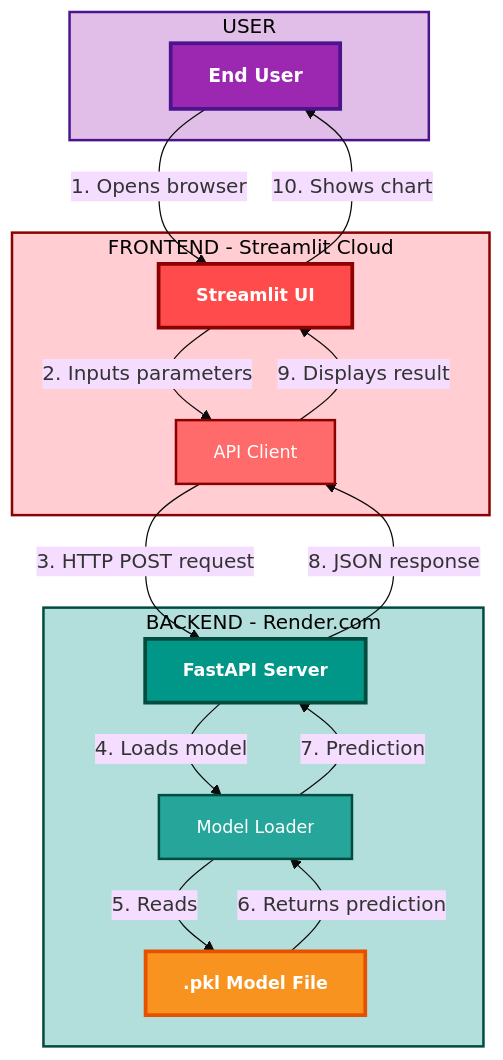
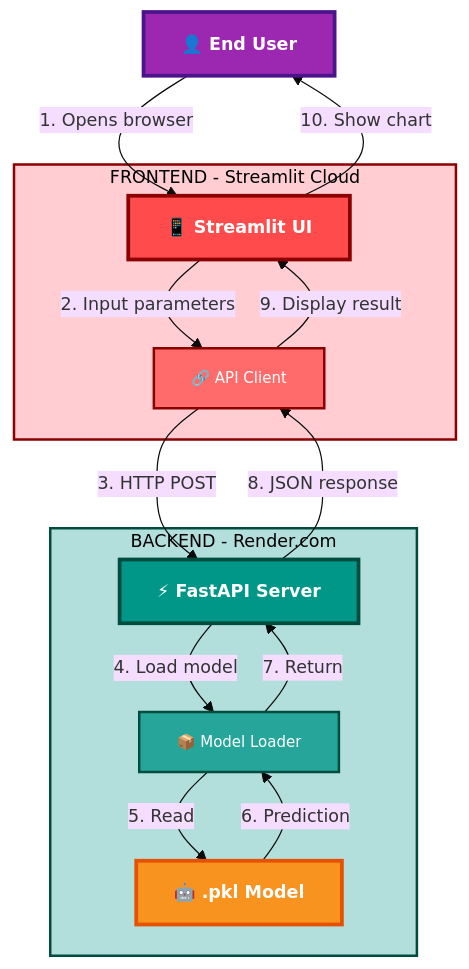
The third of 3 diagrams in README.md (UzairRan/gastroretentive-release-predictor), drawn with Mermaid before and after one commit. The commit also changed other lines of this file, not shown here.

````diff
--- a/README.md
+++ b/README.md
@@ -230,48 +230,44 @@
 ```mermaid
 %%{
   init: {
     'theme': 'base',
     'themeVariables': {
-      'fontSize': '16px',
+      'fontSize': '14px',
       'fontFamily': 'Arial, sans-serif'
     }
   }
 }%%
-graph TB
-    subgraph IDE ["USER"]
-        U[ End User]
-    end
+graph TD
+    U[👤 End User] -->|1. Opens browser| S
     
     subgraph FEND ["FRONTEND - Streamlit Cloud"]
-        S[ Streamlit UI]
-        A[ API Client]
+        S[📱 Streamlit UI]
+        A[🔗 API Client]
     end
     
     subgraph BEND ["BACKEND - Render.com"]
-        F[ FastAPI Server]
-        M[ Model Loader]
-        P[ .pkl Model File]
+        F[⚡ FastAPI Server]
+        M[📦 Model Loader]
+        P[🤖 .pkl Model]
     end
     
-    U -->|1. Opens browser| S
-    S -->|2. Inputs parameters| A
-    A -->|3. HTTP POST request| F
-    F -->|4. Loads model| M
-    M -->|5. Reads| P
-    P -->|6. Returns prediction| M
-    M -->|7. Prediction| F
+    S -->|2. Input parameters| A
+    A -->|3. HTTP POST| F
+    F -->|4. Load model| M
+    M -->|5. Read| P
+    P -->|6. Prediction| M
+    M -->|7. Return| F
     F -->|8. JSON response| A
-    A -->|9. Displays result| S
-    S -->|10. Shows chart| U
+    A -->|9. Display result| S
+    S -->|10. Show chart| U
     
-    style U fill:#9C27B0,stroke:#4A148C,stroke-width:3px,color:#fff,font-size:15px,font-weight:bold
+    style U fill:#9C27B0,stroke:#4A148C,stroke-width:3px,color:#fff,font-size:14px,font-weight:bold
     style S fill:#FF4B4B,stroke:#8B0000,stroke-width:3px,color:#fff,font-size:14px,font-weight:bold
-    style A fill:#FF6B6B,stroke:#8B0000,stroke-width:2px,color:#fff,font-size:14px
+    style A fill:#FF6B6B,stroke:#8B0000,stroke-width:2px,color:#fff,font-size:12px
     style F fill:#009688,stroke:#004D40,stroke-width:3px,color:#fff,font-size:14px,font-weight:bold
-    style M fill:#26A69A,stroke:#004D40,stroke-width:2px,color:#fff,font-size:14px
+    style M fill:#26A69A,stroke:#004D40,stroke-width:2px,color:#fff,font-size:12px
     style P fill:#F7931E,stroke:#E65100,stroke-width:3px,color:#fff,font-size:14px,font-weight:bold
     
-    style IDE fill:#E1BEE7,stroke:#4A148C,stroke-width:2px,color:#000
     style FEND fill:#FFCDD2,stroke:#8B0000,stroke-width:2px,color:#000
     style BEND fill:#B2DFDB,stroke:#004D40,stroke-width:2px,color:#000
 ```
````
